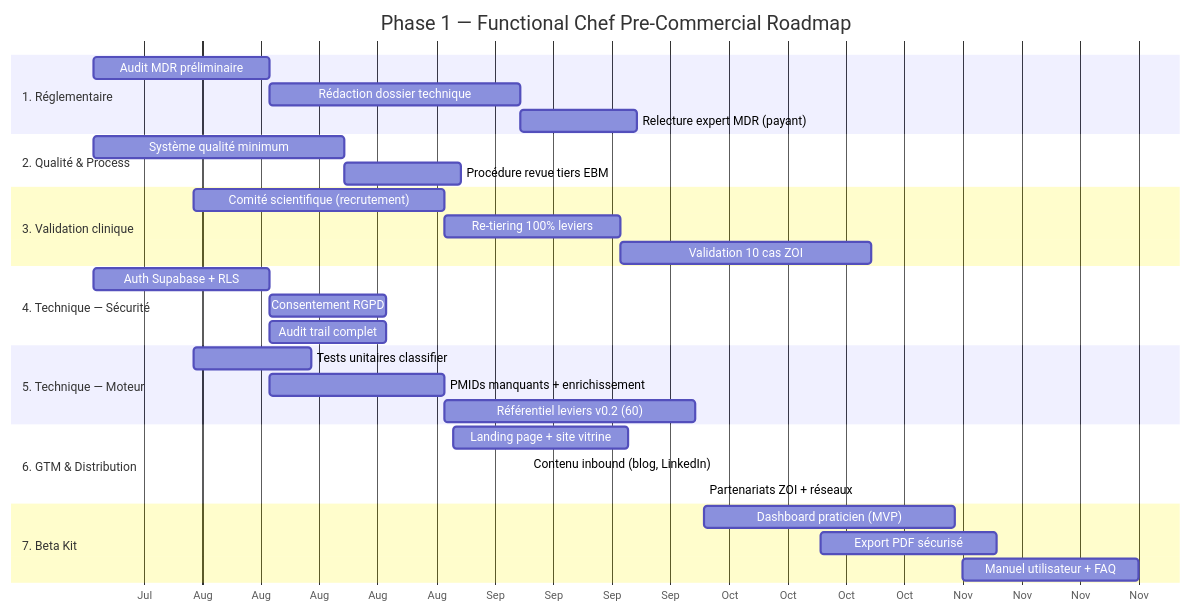
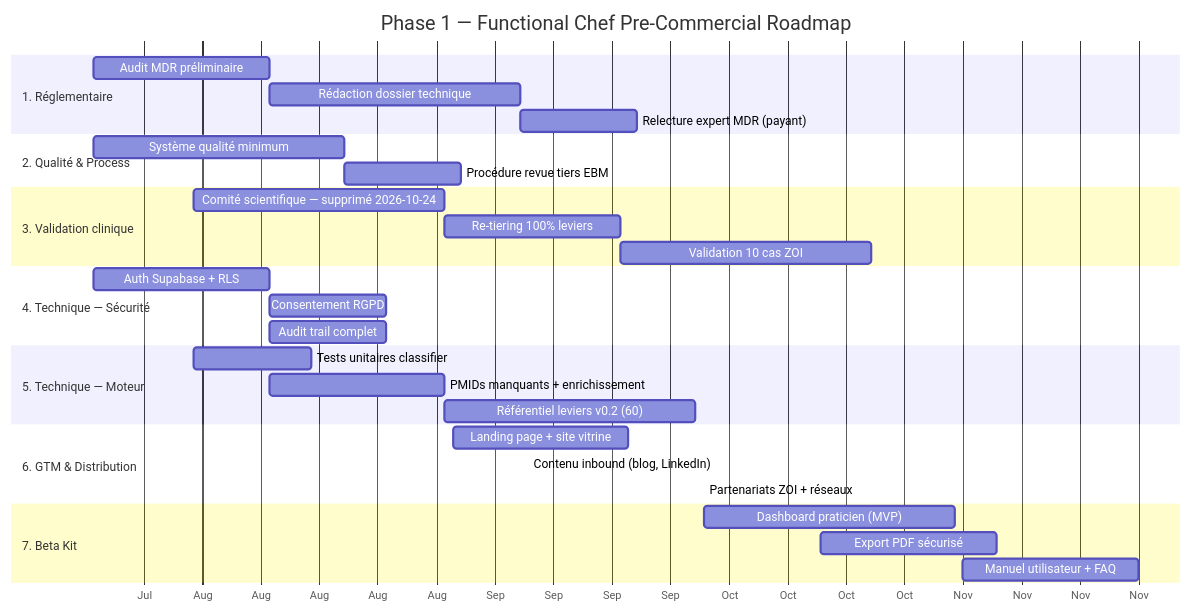
Before and after one commit to rafikg-del/functional-chef-v0.1: the diagram in docs/PHASE1_ROADMAP.md, drawn with Mermaid. The commit also changed other lines of this file and 25 other files, not shown here.

````diff
--- a/docs/PHASE1_ROADMAP.md
+++ b/docs/PHASE1_ROADMAP.md
@@ -23,40 +24,40 @@
 ```mermaid
 gantt
     title Phase 1 — Functional Chef Pre-Commercial Roadmap
     dateFormat  YYYY-MM-DD
     axisFormat  %b
 
     section 1. Réglementaire
     Audit MDR préliminaire           :a1, 2026-07-20, 21d
     Rédaction dossier technique      :a2, after a1, 30d
     Relecture expert MDR (payant)    :a3, after a2, 14d
 
     section 2. Qualité & Process
     Système qualité minimum          :b1, 2026-07-20, 30d
     Procédure revue tiers EBM        :b2, after b1, 14d
 
     section 3. Validation clinique
-    Comité scientifique (recrutement):c1, 2026-08-01, 30d
+    Comité scientifique — supprimé 2026-10-24 :c1, 2026-08-01, 30d
     Re-tiering 100% leviers          :c2, after c1, 21d
     Validation 10 cas ZOI            :c3, after c2, 30d
 
     section 4. Technique — Sécurité
     Auth Supabase + RLS              :d1, 2026-07-20, 21d
     Consentement RGPD                :d2, after d1, 14d
     Audit trail complet              :d3, after d1, 14d
 
     section 5. Technique — Moteur
     Tests unitaires classifier       :e1, 2026-08-01, 14d
     PMIDs manquants + enrichissement  :e2, 2026-08-10, 21d
     Référentiel leviers v0.2 (60)    :e3, after e2, 30d
 
     section 6. GTM & Distribution
     Landing page + site vitrine      :g1, 2026-09-01, 21d
     Contenu inbound (blog, LinkedIn) :g2, 2026-09-10, ongoing
     Partenariats ZOI + réseaux       :g3, 2026-10-01, ongoing
 
     section 7. Beta Kit
     Dashboard praticien (MVP)        :f1, 2026-10-01, 30d
     Export PDF sécurisé              :f2, 2026-10-15, 21d
     Manuel utilisateur + FAQ         :f3, 2026-11-01, 21d
 ```
````
